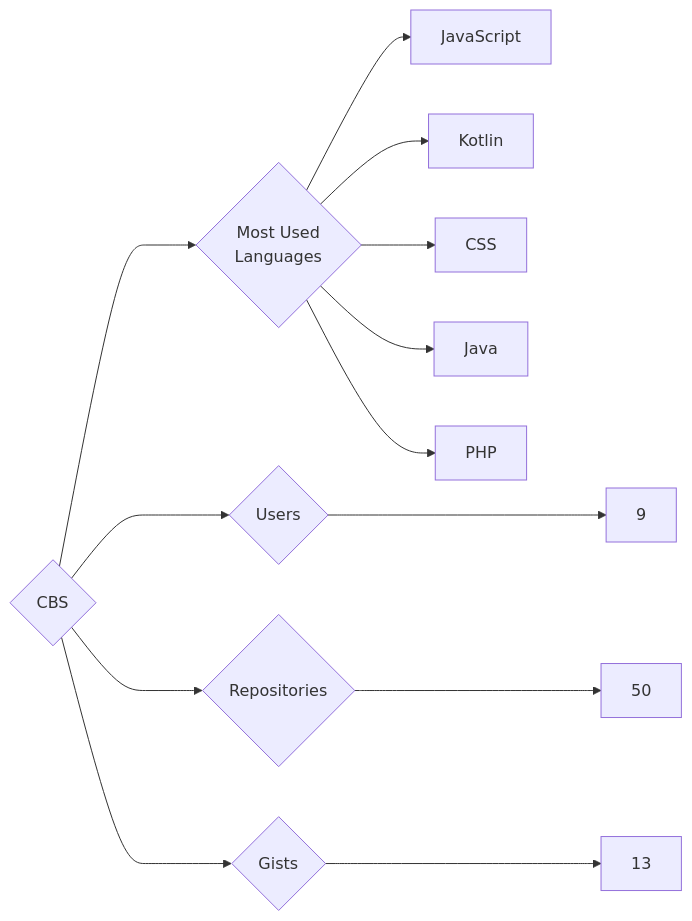
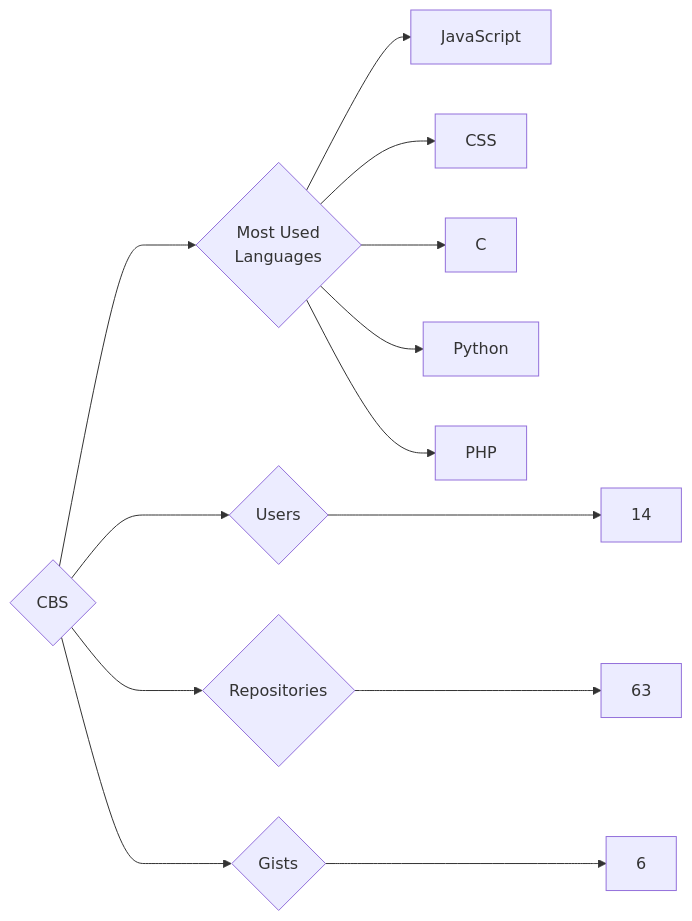
The diagram in targets/CBS/README.md (trickest/insiders), drawn with Mermaid before and after one commit. The commit also changed 814 other files, not shown here.

````diff
--- a/targets/CBS/README.md
+++ b/targets/CBS/README.md
@@ -3,13 +3,13 @@
 ```mermaid
 graph LR
 COMPANY_NAME{CBS}
-COMPANY_NAME ---> U{Users} ---> UN[9]
-COMPANY_NAME ---> R{Repositories} ---> RN[50]
-COMPANY_NAME ---> G{Gists} ---> GN[13]
+COMPANY_NAME ---> U{Users} ---> UN[14]
+COMPANY_NAME ---> R{Repositories} ---> RN[63]
+COMPANY_NAME ---> G{Gists} ---> GN[6]
 COMPANY_NAME ---> ML{Most Used<br>Languages}
 ML --> JavaScript[JavaScript]
-ML --> Kotlin[Kotlin]
 ML --> CSS[CSS]
-ML --> Java[Java]
+ML --> C[C]
+ML --> Python[Python]
 ML --> PHP[PHP]
 ```
````
